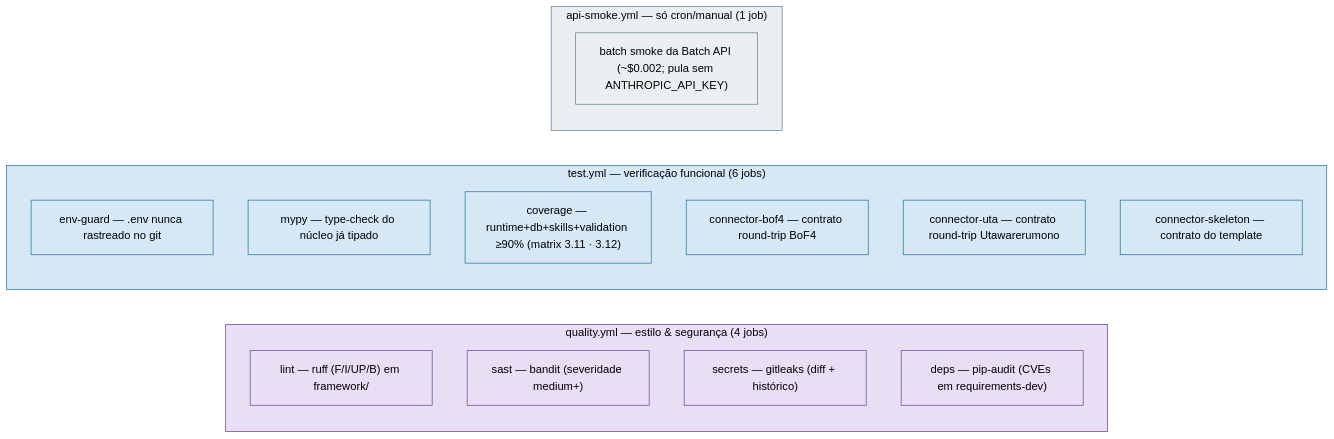
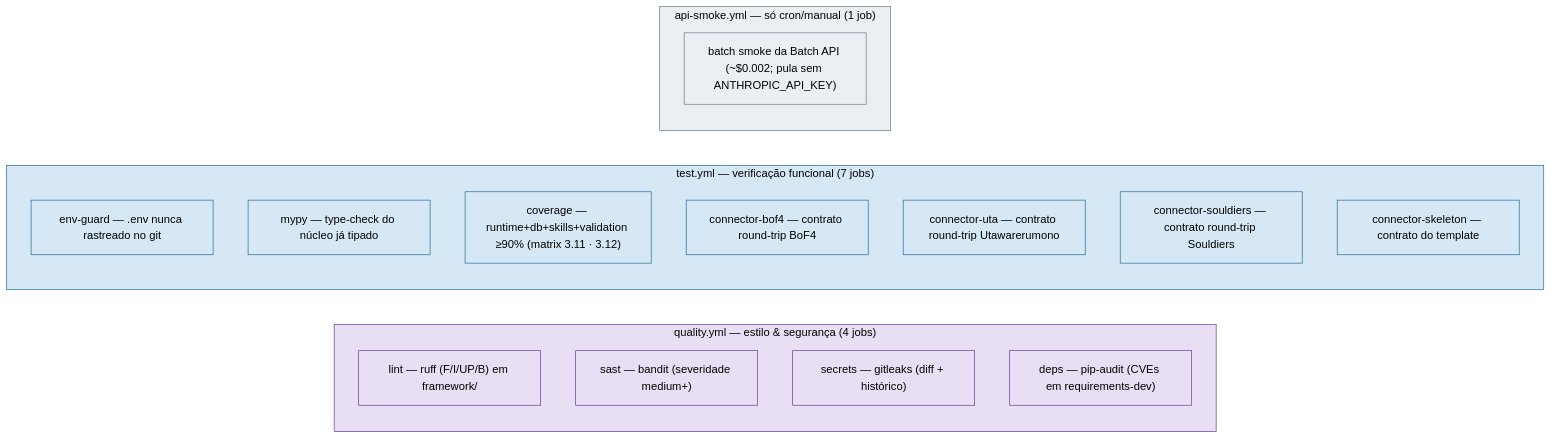
Before and after one commit to scudellerlemos/translation-cognition-framework: the diagram in framework/README.md, drawn with Mermaid. The commit also changed other lines of this file and 2 other files, not shown here.

First line of the commit message:
ci: adiciona contrato de conector do Souldiers ao test.yml

````diff
--- a/framework/README.md
+++ b/framework/README.md
@@ -173,28 +173,29 @@
 ```mermaid
 flowchart LR
   subgraph quality["quality.yml — estilo & segurança (4 jobs)"]
     direction TB
     ql["lint — ruff (F/I/UP/B) em framework/"]
     qs["sast — bandit (severidade medium+)"]
     qc["secrets — gitleaks (diff + histórico)"]
     qd["deps — pip-audit (CVEs em requirements-dev)"]
   end
-  subgraph tests["test.yml — verificação funcional (6 jobs)"]
+  subgraph tests["test.yml — verificação funcional (7 jobs)"]
     direction TB
     te["env-guard — .env nunca rastreado no git"]
     tm["mypy — type-check do núcleo já tipado"]
     tcov["coverage — runtime+db+skills+validation ≥90% (matrix 3.11 · 3.12)"]
     tb["connector-bof4 — contrato round-trip BoF4"]
     tu["connector-uta — contrato round-trip Utawarerumono"]
+    tsoul["connector-souldiers — contrato round-trip Souldiers"]
     tsk["connector-skeleton — contrato do template"]
   end
   subgraph smoke["api-smoke.yml — só cron/manual (1 job)"]
     sm["batch smoke da Batch API (~$0.002; pula sem ANTHROPIC_API_KEY)"]
   end
   classDef qual fill:#e8dff5,stroke:#6a3d9b,color:#000;
   classDef test fill:#d6e8f6,stroke:#1f6f9b,color:#000;
   classDef smoke fill:#eceff1,stroke:#607d8b,color:#000;
   class quality,ql,qs,qc,qd qual;
-  class tests,te,tm,tcov,tb,tu,tsk test;
+  class tests,te,tm,tcov,tb,tu,tsoul,tsk test;
   class smoke,sm smoke;
 ```
````
